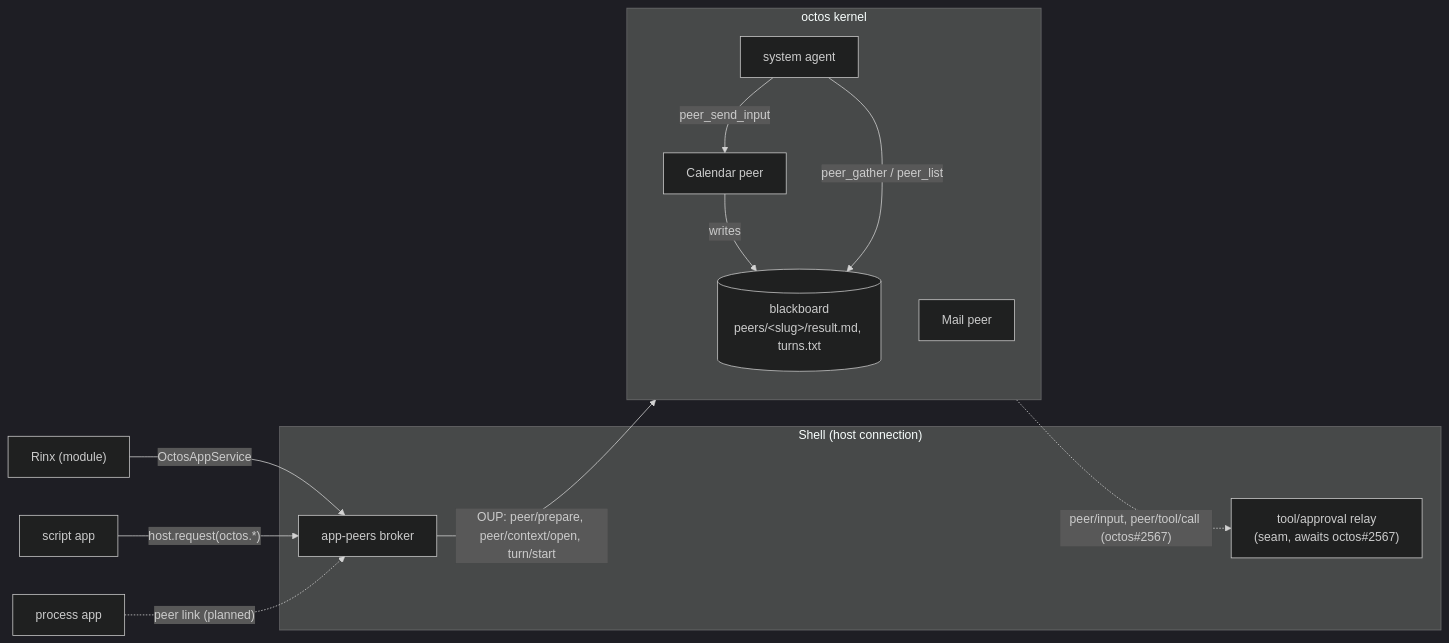
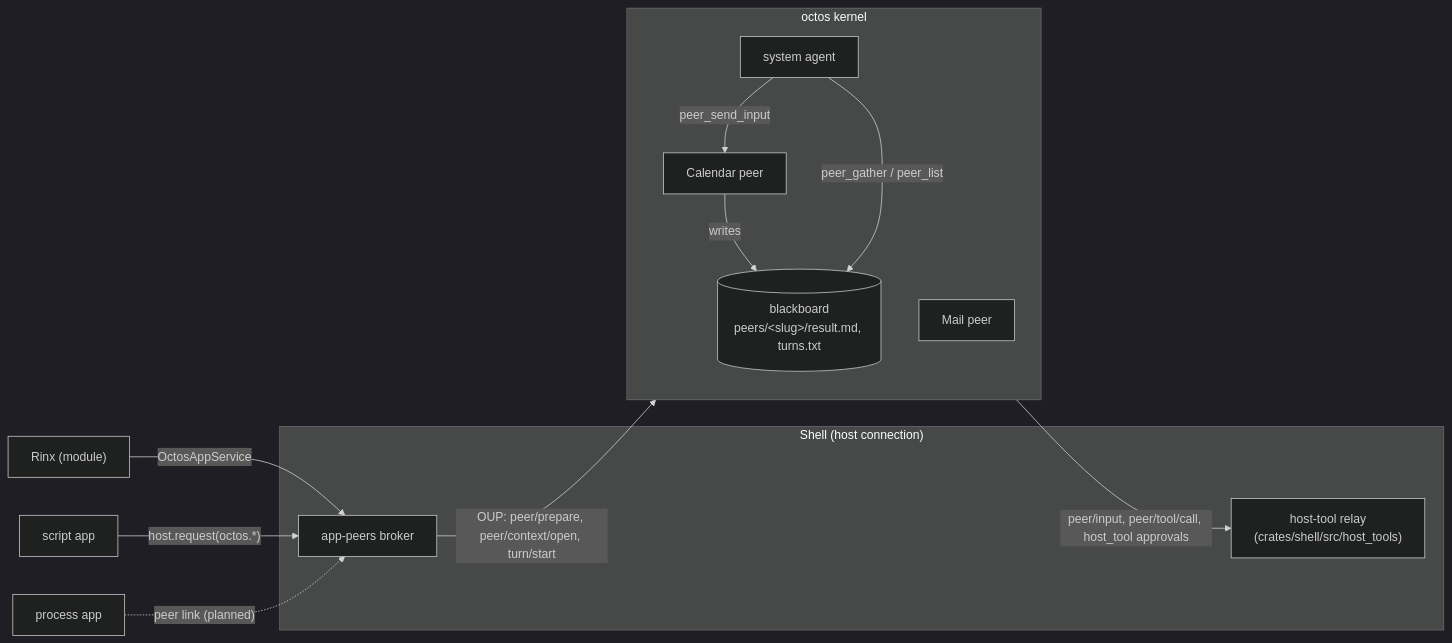
The third of 5 diagrams in docs/architecture.md (OctoSense-org/OctoSense), drawn with Mermaid (dark theme) before and after one commit. The commit also changed other lines of this file and 7 other files, not shown here.

First line of the commit message:
docs: octos#2567's shell side on main: host tools, peer/input, the system session's terminal.run [skip ci]

````diff
--- a/docs/architecture.md
+++ b/docs/architecture.md
@@ -193,21 +193,21 @@
 ```mermaid
 flowchart LR
   subgraph shell["Shell (host connection)"]
     broker["app-peers broker"]
-    relay["tool/approval relay<br/>(seam, awaits octos#2567)"]
+    relay["host-tool relay<br/>(crates/shell/src/host_tools)"]
   end
   subgraph kernel["octos kernel"]
     sys["system agent"]
     p1["Calendar peer"]
     p2["Mail peer"]
     bb[("blackboard<br/>peers/&lt;slug&gt;/result.md, turns.txt")]
   end
   rinx["Rinx (module)"] -- "OctosAppService" --> broker
   card["script app"] -- "host.request(octos.*)" --> broker
   proc["process app"] -. "peer link (planned)" .-> broker
   broker -- "OUP: peer/prepare, peer/context/open, turn/start" --> kernel
   sys -- "peer_send_input" --> p1
   p1 -- "writes" --> bb
   sys -- "peer_gather / peer_list" --> bb
-  kernel -. "peer/input, peer/tool/call (octos#2567)" .-> relay
+  kernel -- "peer/input, peer/tool/call, host_tool approvals" --> relay
 ```
````
